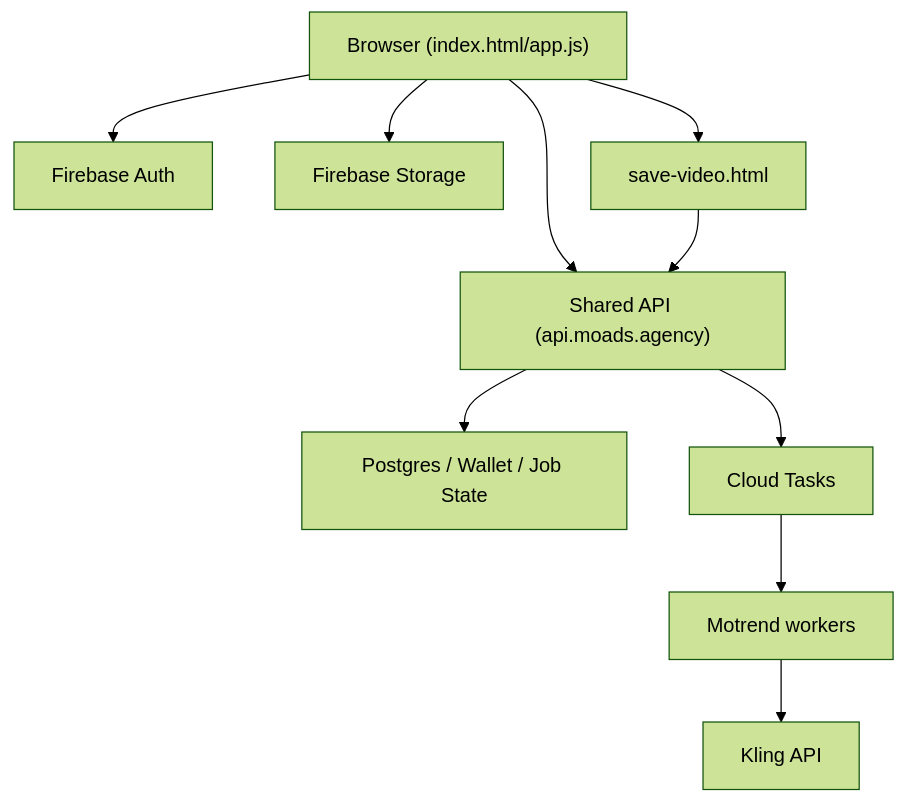
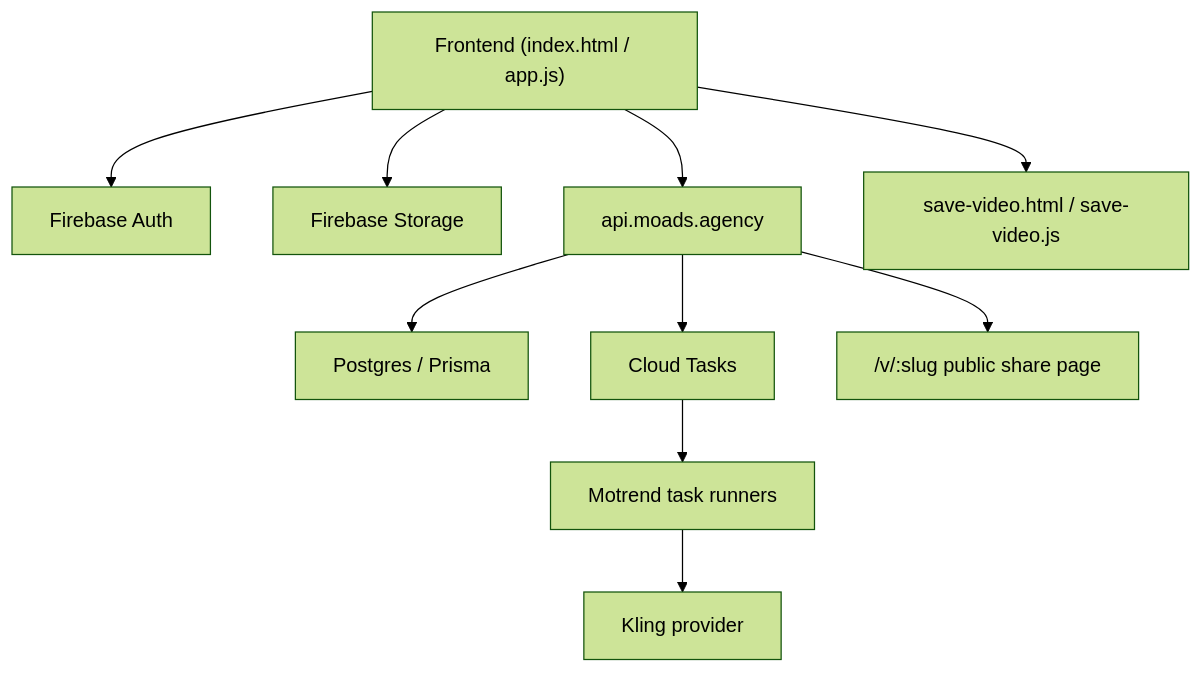
The diagram in TECHNICAL_OVERVIEW.md (eugene763/motrend), drawn with Mermaid (forest theme) before and after one commit. The commit also changed other lines of this file and 5 other files, not shown here.

````diff
--- a/TECHNICAL_OVERVIEW.md
+++ b/TECHNICAL_OVERVIEW.md
@@ -65,12 +100,12 @@
 ```mermaid
 flowchart TD
-    A["Browser (index.html/app.js)"] --> B["Firebase Auth"]
-    A --> C["Firebase Storage"]
-    A --> D["Shared API (api.moads.agency)"]
-    D --> E["Postgres / Wallet / Job State"]
-    D --> F["Cloud Tasks"]
-    F --> G["Motrend workers"]
-    G --> H["Kling API"]
-    A --> I["save-video.html"]
-    I --> D
+    FE["Frontend (index.html / app.js)"] --> AUTH["Firebase Auth"]
+    FE --> STORAGE["Firebase Storage"]
+    FE --> API["api.moads.agency"]
+    API --> DB["Postgres / Prisma"]
+    API --> TASKS["Cloud Tasks"]
+    TASKS --> WORKERS["Motrend task runners"]
+    WORKERS --> KLING["Kling provider"]
+    FE --> SAVE["save-video.html / save-video.js"]
+    API --> SHARE["/v/:slug public share page"]
 ```
````
